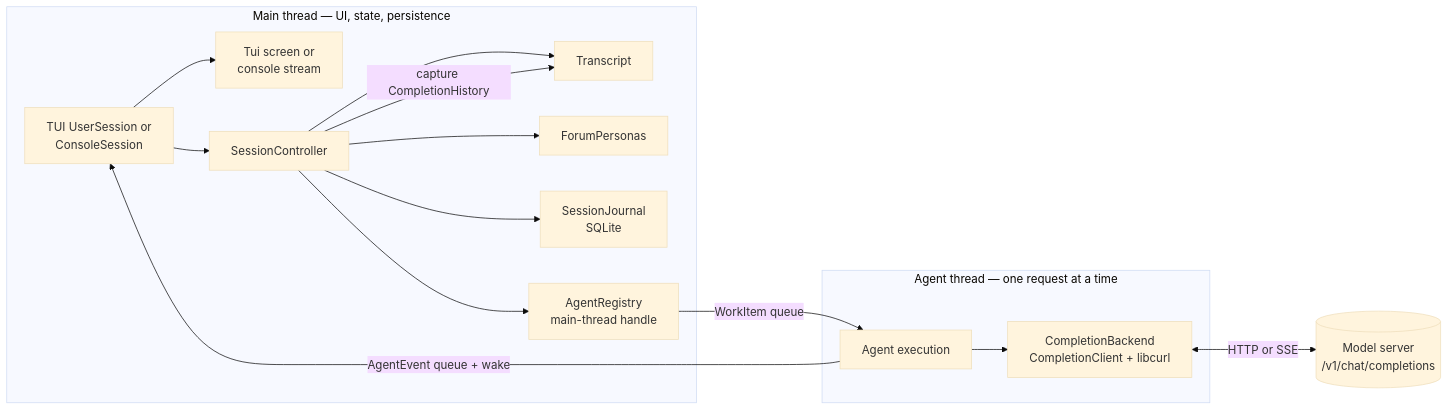
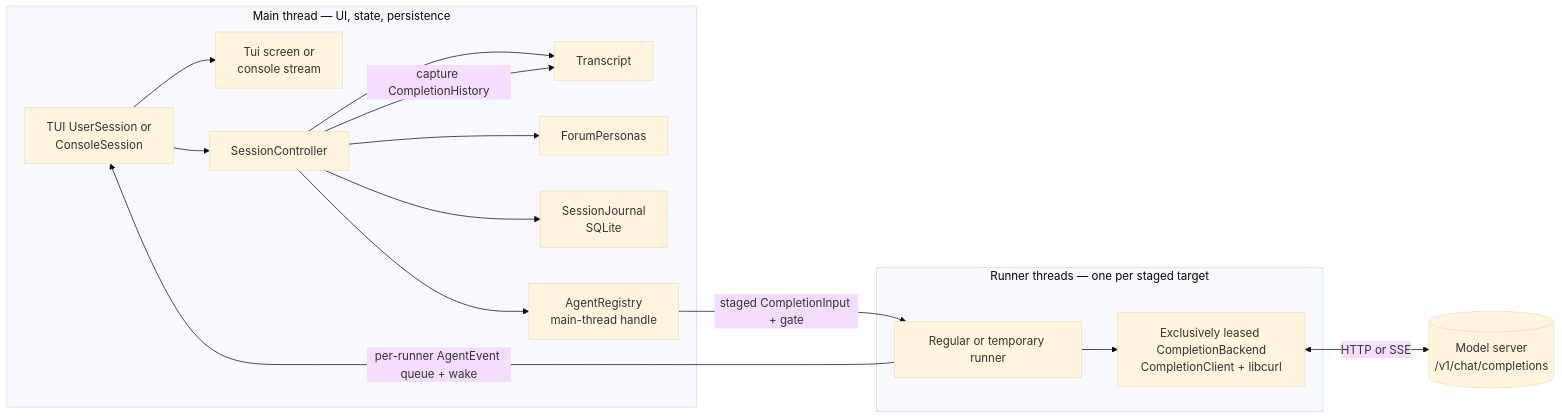
The first of 4 diagrams in src/README.md (michaelpopov/cha), drawn with Mermaid (base theme) before and after one commit. The commit also changed other lines of this file and 14 other files, not shown here.

````diff
--- a/src/README.md
+++ b/src/README.md
@@ -95,31 +95,31 @@
 ```mermaid
 flowchart LR
     subgraph mainthread["Main thread — UI, state, persistence"]
         frontend["TUI UserSession or<br/>ConsoleSession"]
         presentation["Tui screen or<br/>console stream"]
         controller["SessionController"]
         conv["Transcript"]
         personas["ForumPersonas"]
         journal["SessionJournal<br/>SQLite"]
         registry["AgentRegistry<br/>main-thread handle"]
     end
 
-    subgraph agentthread["Agent thread — one request at a time"]
-        execution["Agent execution"]
-        backend["CompletionBackend<br/>CompletionClient + libcurl"]
+    subgraph agentthreads["Runner threads — one per staged target"]
+        execution["Regular or temporary runner"]
+        backend["Exclusively leased CompletionBackend<br/>CompletionClient + libcurl"]
     end
 
     provider[("Model server<br/>/v1/chat/completions")]
 
     frontend --> presentation
     frontend --> controller
     controller --> conv
     controller --> personas
     controller --> journal
     controller --> registry
     controller -->|"capture CompletionHistory"| conv
-    registry -->|"WorkItem queue"| execution
+    registry -->|"staged CompletionInput + gate"| execution
     execution --> backend
     backend <-->|"HTTP or SSE"| provider
-    execution -->|"AgentEvent queue + wake"| frontend
+    execution -->|"per-runner AgentEvent queue + wake"| frontend
 ```
````
